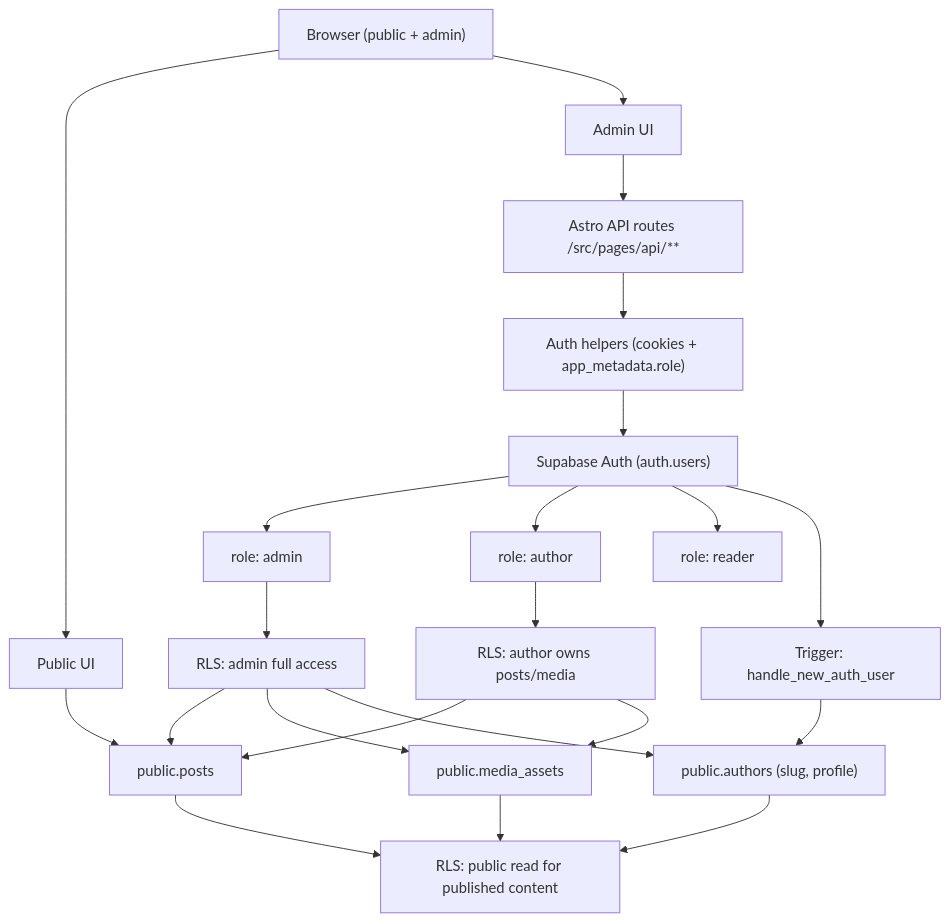
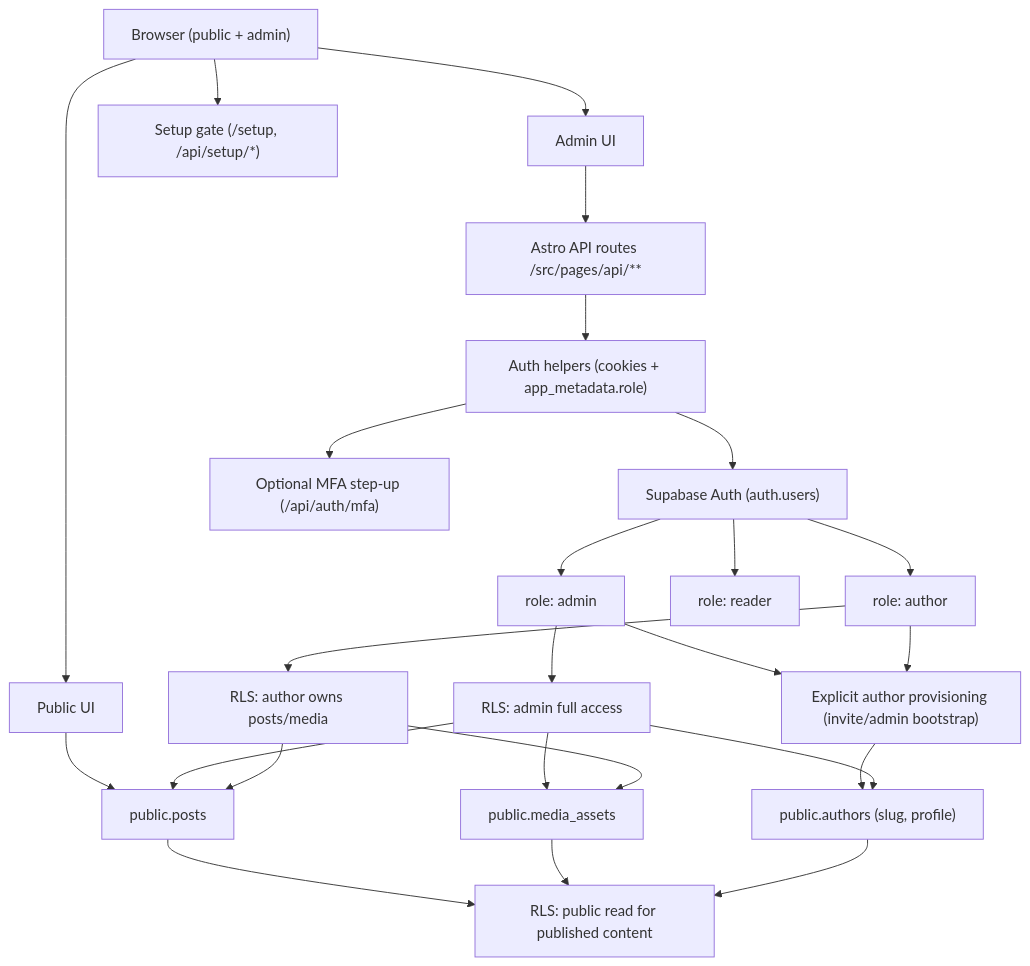
The diagram in docs/architecture/auth-rls.md (burconsult/adastro), drawn with Mermaid before and after one commit. The commit also changed other lines of this file and 37 other files, not shown here.

Commit message:
harden auth with Azure OAuth and MFA

````diff
--- a/docs/architecture/auth-rls.md
+++ b/docs/architecture/auth-rls.md
@@ -5,52 +5,57 @@
 ```mermaid
 flowchart TD
   %% Clients
   Browser["Browser (public + admin)"]
   AdminUI["Admin UI"]
   PublicUI["Public UI"]
 
   %% Astro server
   ApiRoutes["Astro API routes /src/pages/api/**"]
   AuthHelpers["Auth helpers (cookies + app_metadata.role)"]
 
   %% Supabase
   Auth["Supabase Auth (auth.users)"]
-  Trigger["Trigger: handle_new_auth_user"]
+  SetupGate["Setup gate (/setup, /api/setup/*)"]
+  MFA["Optional MFA step-up (/api/auth/mfa)"]
+  Provisioning["Explicit author provisioning (invite/admin bootstrap)"]
   Authors["public.authors (slug, profile)"]
   Posts["public.posts"]
   Media["public.media_assets"]
 
   %% Roles
   RoleAdmin["role: admin"]
   RoleAuthor["role: author"]
   RoleReader["role: reader"]
 
   %% RLS policies
   PublicRead["RLS: public read for published content"]
   AuthorWrite["RLS: author owns posts/media"]
   AdminWrite["RLS: admin full access"]
 
   Browser --> PublicUI --> Posts
   Browser --> AdminUI --> ApiRoutes
+  Browser --> SetupGate
   ApiRoutes --> AuthHelpers
   AuthHelpers --> Auth
+  AuthHelpers --> MFA
 
   Auth --> RoleAdmin
   Auth --> RoleAuthor
   Auth --> RoleReader
-  Auth --> Trigger --> Authors
+  RoleAdmin --> Provisioning --> Authors
+  RoleAuthor --> Provisioning
 
   Posts --> PublicRead
   Media --> PublicRead
   Authors --> PublicRead
 
   RoleAuthor --> AuthorWrite
   RoleAdmin --> AdminWrite
 
   AdminWrite --> Posts
   AdminWrite --> Media
   AdminWrite --> Authors
 
   AuthorWrite --> Posts
   AuthorWrite --> Media
 ```
````
